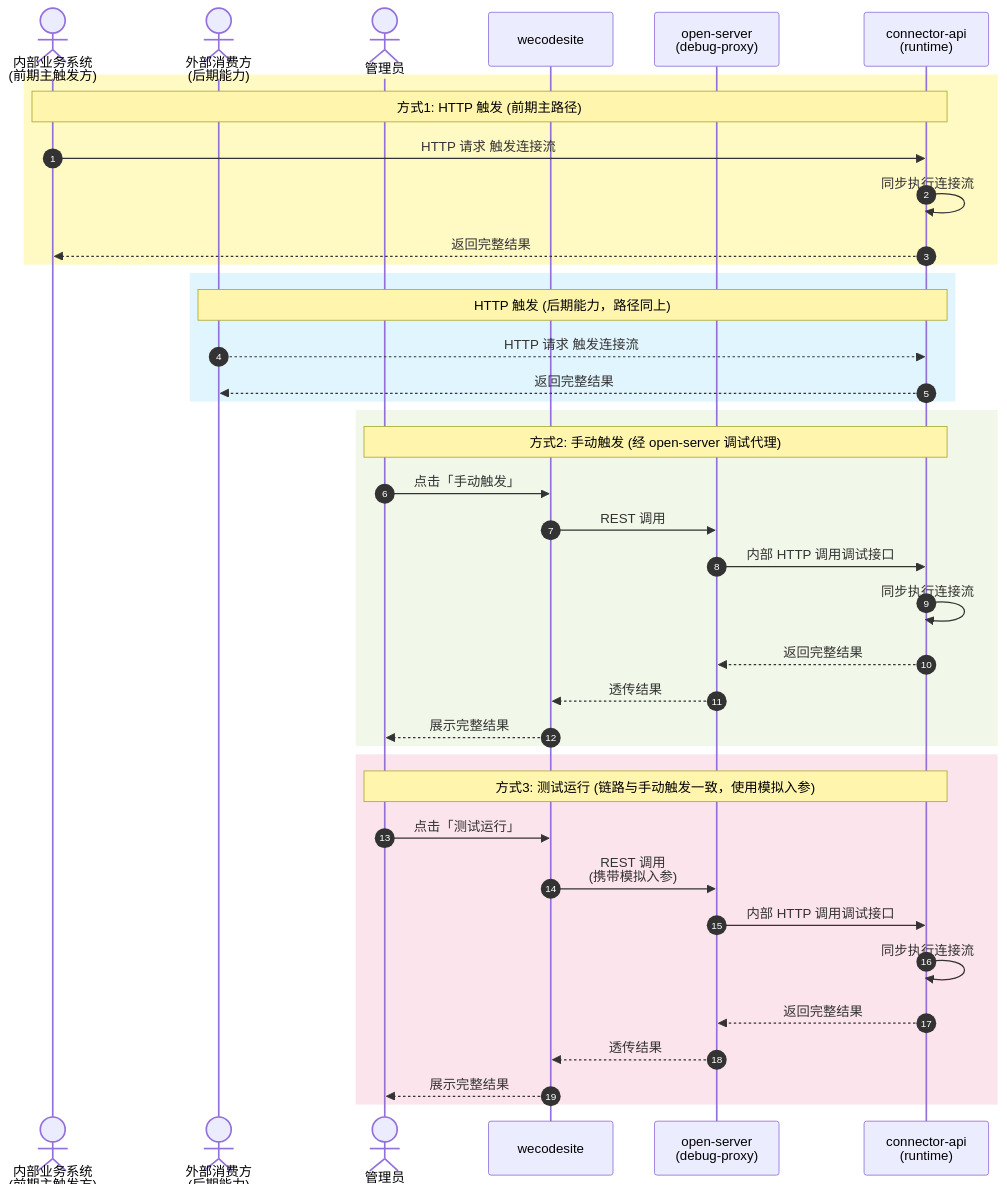
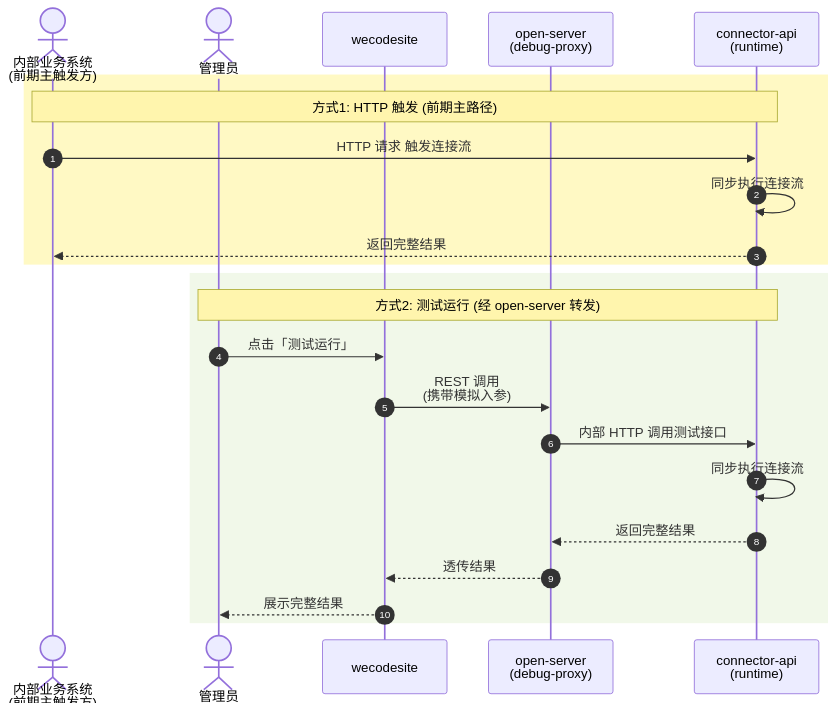
The fifth of 8 diagrams in .sddu/specs-tree-root/specs-tree-connector-platform/plan.md (THZSummer/open-app), drawn with Mermaid before and after one commit. The commit also changed other lines of this file and 3 other files, not shown here.

````diff
--- a/.sddu/specs-tree-root/specs-tree-connector-platform/plan.md
+++ b/.sddu/specs-tree-root/specs-tree-connector-platform/plan.md
@@ -292,45 +284,27 @@
 ```mermaid
 sequenceDiagram
     autonumber
     actor BizSys as 内部业务系统<br/>(前期主触发方)
-    actor Consumer as 外部消费方<br/>(后期能力)
     actor Admin as 管理员
     participant Web as wecodesite
     participant OpenSvr as open-server<br/>(debug-proxy)
     participant ConnApi as connector-api<br/>(runtime)
 
     rect rgb(255, 249, 196)
         Note over BizSys,ConnApi: 方式1: HTTP 触发 (前期主路径)
         BizSys->>ConnApi: HTTP 请求 触发连接流
         ConnApi->>ConnApi: 同步执行连接流
         ConnApi-->>BizSys: 返回完整结果
     end
 
-    rect rgb(225, 245, 254)
-        Note over Consumer,ConnApi: HTTP 触发 (后期能力，路径同上)
-        Consumer-->>ConnApi: HTTP 请求 触发连接流
-        ConnApi-->>Consumer: 返回完整结果
-    end
-
     rect rgb(241, 248, 233)
-        Note over Admin,ConnApi: 方式2: 手动触发 (经 open-server 调试代理)
-        Admin->>Web: 点击「手动触发」
-        Web->>OpenSvr: REST 调用
-        OpenSvr->>ConnApi: 内部 HTTP 调用调试接口
-        ConnApi->>ConnApi: 同步执行连接流
-        ConnApi-->>OpenSvr: 返回完整结果
-        OpenSvr-->>Web: 透传结果
-        Web-->>Admin: 展示完整结果
-    end
-
-    rect rgb(252, 228, 236)
-        Note over Admin,ConnApi: 方式3: 测试运行 (链路与手动触发一致，使用模拟入参)
+        Note over Admin,ConnApi: 方式2: 测试运行 (经 open-server 转发)
         Admin->>Web: 点击「测试运行」
         Web->>OpenSvr: REST 调用<br/>(携带模拟入参)
-        OpenSvr->>ConnApi: 内部 HTTP 调用调试接口
+        OpenSvr->>ConnApi: 内部 HTTP 调用测试接口
         ConnApi->>ConnApi: 同步执行连接流
         ConnApi-->>OpenSvr: 返回完整结果
         OpenSvr-->>Web: 透传结果
         Web-->>Admin: 展示完整结果
     end
 ```
````
